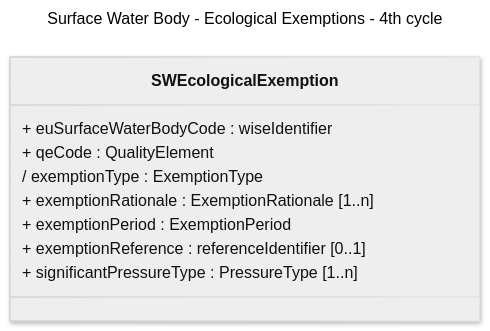
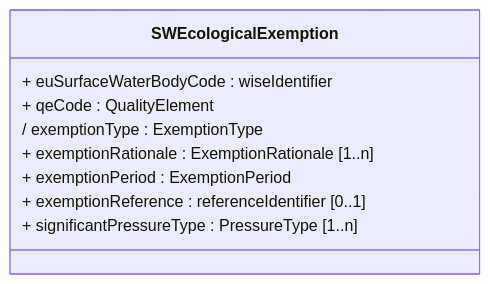
Before and after one commit to eeadata/WISE.WFD.Documentation: the third of 11 diagrams in docs/DataModelReview/WFDExemptions.md, drawn with Mermaid. The commit also changed other lines of this file and 1 other file, not shown here.

Commit message:
Moving the flowchart to a separate file.

````diff
--- a/docs/DataModelReview/WFDExemptions.md
+++ b/docs/DataModelReview/WFDExemptions.md
@@ -117,21 +98,13 @@
 ```{mermaid}
----
-config:
-  class:
-    hideEmptyMembersBox: true
-  layout: dagre
-  theme: neutral
-  look: neo
-title: Surface Water Body - Ecological Exemptions - 4th cycle
----
+%%{init: {'theme': 'default'}}%%
 classDiagram
-class SWEcologicalExemption{
-    + euSurfaceWaterBodyCode : wiseIdentifier
-    + qeCode : QualityElement 
-    / exemptionType : ExemptionType
-    + exemptionRationale : ExemptionRationale [1..n]
-    + exemptionPeriod : ExemptionPeriod
-    + exemptionReference : referenceIdentifier [0..1]
-    + significantPressureType : PressureType [1..n]
-}
+	class SWEcologicalExemption{
+		+ euSurfaceWaterBodyCode : wiseIdentifier
+		+ qeCode : QualityElement 
+		/ exemptionType : ExemptionType
+		+ exemptionRationale : ExemptionRationale [1..n]
+		+ exemptionPeriod : ExemptionPeriod
+		+ exemptionReference : referenceIdentifier [0..1]
+		+ significantPressureType : PressureType [1..n]
+	}
 ```
````
